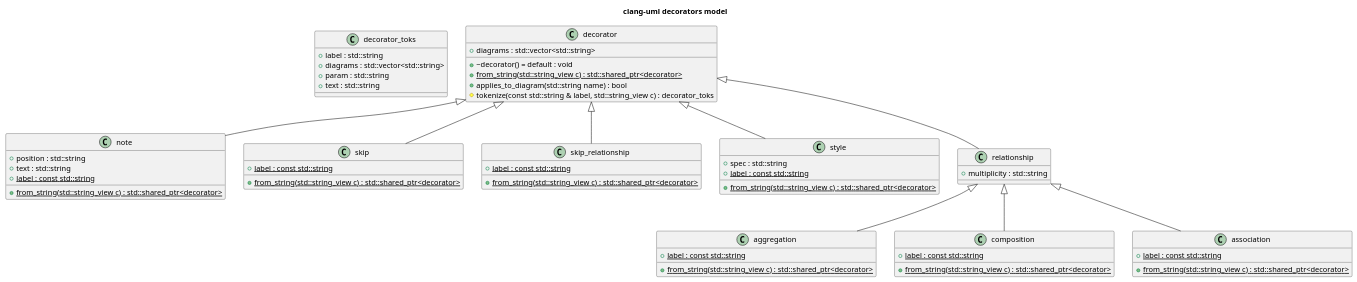
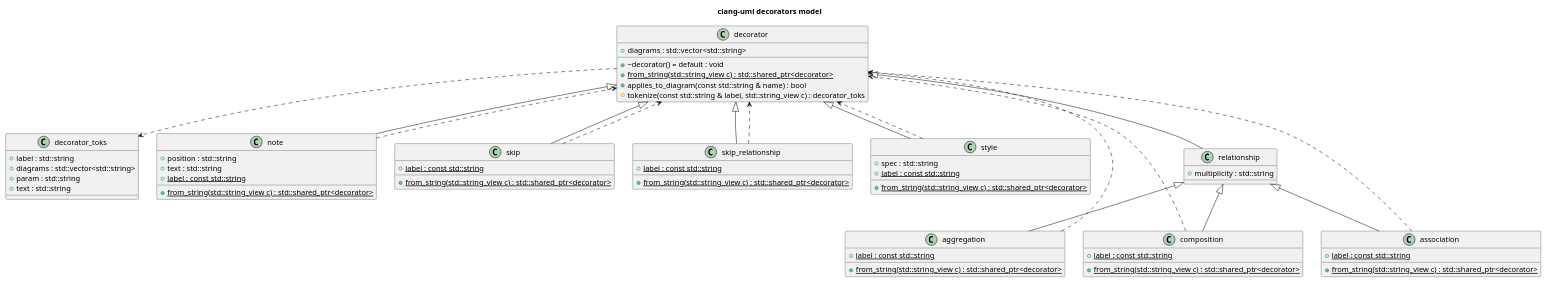
One commit to bkryza/clang-uml-examples changed the diagram in clang-uml/puml/decorators_class.puml. Above: the diagram before and after it, drawn with PlantUML. The commit also changed 79 other files, not shown here.

Commit message:
Updated config files for clang-uml 0.3.4

```diff
--- a/clang-uml/puml/decorators_class.puml
+++ b/clang-uml/puml/decorators_class.puml
@@ -1,68 +1,79 @@
 @startuml
 title clang-uml decorators model
 class "decorator_toks" as C_0000532301235174338361
-class C_0000532301235174338361 [[https://github.com/bkryza/clang-uml/blob/b3382d8f041665d83d907a47f3dd9f0fd341e837/src/decorators/decorators.h#L29{decorator_toks}]] {
-+label : std::string [[[https://github.com/bkryza/clang-uml/blob/b3382d8f041665d83d907a47f3dd9f0fd341e837/src/decorators/decorators.h#L30{label}]]]
-+diagrams : std::vector<std::string> [[[https://github.com/bkryza/clang-uml/blob/b3382d8f041665d83d907a47f3dd9f0fd341e837/src/decorators/decorators.h#L31{diagrams}]]]
-+param : std::string [[[https://github.com/bkryza/clang-uml/blob/b3382d8f041665d83d907a47f3dd9f0fd341e837/src/decorators/decorators.h#L32{param}]]]
-+text : std::string [[[https://github.com/bkryza/clang-uml/blob/b3382d8f041665d83d907a47f3dd9f0fd341e837/src/decorators/decorators.h#L33{text}]]]
+class C_0000532301235174338361 [[https://github.com/bkryza/clang-uml/blob/b74bdab7857376d2095452368a8c88870b8ee2c5/src/decorators/decorators.h#L29{decorator_toks}]] {
++label : std::string [[[https://github.com/bkryza/clang-uml/blob/b74bdab7857376d2095452368a8c88870b8ee2c5/src/decorators/decorators.h#L30{label}]]]
++diagrams : std::vector<std::string> [[[https://github.com/bkryza/clang-uml/blob/b74bdab7857376d2095452368a8c88870b8ee2c5/src/decorators/decorators.h#L31{diagrams}]]]
++param : std::string [[[https://github.com/bkryza/clang-uml/blob/b74bdab7857376d2095452368a8c88870b8ee2c5/src/decorators/decorators.h#L32{param}]]]
++text : std::string [[[https://github.com/bkryza/clang-uml/blob/b74bdab7857376d2095452368a8c88870b8ee2c5/src/decorators/decorators.h#L33{text}]]]
 }
 class "decorator" as C_0001039481254924641333
-class C_0001039481254924641333 [[https://github.com/bkryza/clang-uml/blob/b3382d8f041665d83d907a47f3dd9f0fd341e837/src/decorators/decorators.h#L36{decorator}]] {
+class C_0001039481254924641333 [[https://github.com/bkryza/clang-uml/blob/b74bdab7857376d2095452368a8c88870b8ee2c5/src/decorators/decorators.h#L36{decorator}]] {
 +~decorator() = default : void
 {static} +from_string(std::string_view c) : std::shared_ptr<decorator>
-+applies_to_diagram(std::string name) : bool
++applies_to_diagram(const std::string & name) : bool
 #tokenize(const std::string & label, std::string_view c) : decorator_toks
-+diagrams : std::vector<std::string> [[[https://github.com/bkryza/clang-uml/blob/b3382d8f041665d83d907a47f3dd9f0fd341e837/src/decorators/decorators.h#L37{diagrams}]]]
++diagrams : std::vector<std::string> [[[https://github.com/bkryza/clang-uml/blob/b74bdab7857376d2095452368a8c88870b8ee2c5/src/decorators/decorators.h#L37{diagrams}]]]
 }
 class "note" as C_0001347272482812804274
-class C_0001347272482812804274 [[https://github.com/bkryza/clang-uml/blob/b3382d8f041665d83d907a47f3dd9f0fd341e837/src/decorators/decorators.h#L49{note}]] {
+class C_0001347272482812804274 [[https://github.com/bkryza/clang-uml/blob/b74bdab7857376d2095452368a8c88870b8ee2c5/src/decorators/decorators.h#L49{note}]] {
 {static} +from_string(std::string_view c) : std::shared_ptr<decorator>
-+position : std::string [[[https://github.com/bkryza/clang-uml/blob/b3382d8f041665d83d907a47f3dd9f0fd341e837/src/decorators/decorators.h#L52{position}]]]
-+text : std::string [[[https://github.com/bkryza/clang-uml/blob/b3382d8f041665d83d907a47f3dd9f0fd341e837/src/decorators/decorators.h#L53{text}]]]
-{static} +label : const std::string [[[https://github.com/bkryza/clang-uml/blob/b3382d8f041665d83d907a47f3dd9f0fd341e837/src/decorators/decorators.h#L50{label}]]]
++position : std::string [[[https://github.com/bkryza/clang-uml/blob/b74bdab7857376d2095452368a8c88870b8ee2c5/src/decorators/decorators.h#L52{position}]]]
++text : std::string [[[https://github.com/bkryza/clang-uml/blob/b74bdab7857376d2095452368a8c88870b8ee2c5/src/decorators/decorators.h#L53{text}]]]
+{static} +label : const std::string [[[https://github.com/bkryza/clang-uml/blob/b74bdab7857376d2095452368a8c88870b8ee2c5/src/decorators/decorators.h#L50{label}]]]
 }
 class "skip" as C_0001462474947254948682
-class C_0001462474947254948682 [[https://github.com/bkryza/clang-uml/blob/b3382d8f041665d83d907a47f3dd9f0fd341e837/src/decorators/decorators.h#L58{skip}]] {
+class C_0001462474947254948682 [[https://github.com/bkryza/clang-uml/blob/b74bdab7857376d2095452368a8c88870b8ee2c5/src/decorators/decorators.h#L58{skip}]] {
 {static} +from_string(std::string_view c) : std::shared_ptr<decorator>
-{static} +label : const std::string [[[https://github.com/bkryza/clang-uml/blob/b3382d8f041665d83d907a47f3dd9f0fd341e837/src/decorators/decorators.h#L59{label}]]]
+{static} +label : const std::string [[[https://github.com/bkryza/clang-uml/blob/b74bdab7857376d2095452368a8c88870b8ee2c5/src/decorators/decorators.h#L59{label}]]]
 }
 class "skip_relationship" as C_0000685427930366073750
-class C_0000685427930366073750 [[https://github.com/bkryza/clang-uml/blob/b3382d8f041665d83d907a47f3dd9f0fd341e837/src/decorators/decorators.h#L64{skip_relationship}]] {
+class C_0000685427930366073750 [[https://github.com/bkryza/clang-uml/blob/b74bdab7857376d2095452368a8c88870b8ee2c5/src/decorators/decorators.h#L64{skip_relationship}]] {
 {static} +from_string(std::string_view c) : std::shared_ptr<decorator>
-{static} +label : const std::string [[[https://github.com/bkryza/clang-uml/blob/b3382d8f041665d83d907a47f3dd9f0fd341e837/src/decorators/decorators.h#L65{label}]]]
+{static} +label : const std::string [[[https://github.com/bkryza/clang-uml/blob/b74bdab7857376d2095452368a8c88870b8ee2c5/src/decorators/decorators.h#L65{label}]]]
 }
 class "style" as C_0000116269747867995555
-class C_0000116269747867995555 [[https://github.com/bkryza/clang-uml/blob/b3382d8f041665d83d907a47f3dd9f0fd341e837/src/decorators/decorators.h#L70{style}]] {
+class C_0000116269747867995555 [[https://github.com/bkryza/clang-uml/blob/b74bdab7857376d2095452368a8c88870b8ee2c5/src/decorators/decorators.h#L70{style}]] {
 {static} +from_string(std::string_view c) : std::shared_ptr<decorator>
-+spec : std::string [[[https://github.com/bkryza/clang-uml/blob/b3382d8f041665d83d907a47f3dd9f0fd341e837/src/decorators/decorators.h#L73{spec}]]]
-{static} +label : const std::string [[[https://github.com/bkryza/clang-uml/blob/b3382d8f041665d83d907a47f3dd9f0fd341e837/src/decorators/decorators.h#L71{label}]]]
++spec : std::string [[[https://github.com/bkryza/clang-uml/blob/b74bdab7857376d2095452368a8c88870b8ee2c5/src/decorators/decorators.h#L73{spec}]]]
+{static} +label : const std::string [[[https://github.com/bkryza/clang-uml/blob/b74bdab7857376d2095452368a8c88870b8ee2c5/src/decorators/decorators.h#L71{label}]]]
 }
 class "relationship" as C_0001576276283144132872
-class C_0001576276283144132872 [[https://github.com/bkryza/clang-uml/blob/b3382d8f041665d83d907a47f3dd9f0fd341e837/src/decorators/decorators.h#L77{relationship}]] {
-+multiplicity : std::string [[[https://github.com/bkryza/clang-uml/blob/b3382d8f041665d83d907a47f3dd9f0fd341e837/src/decorators/decorators.h#L78{multiplicity}]]]
+class C_0001576276283144132872 [[https://github.com/bkryza/clang-uml/blob/b74bdab7857376d2095452368a8c88870b8ee2c5/src/decorators/decorators.h#L77{relationship}]] {
++multiplicity : std::string [[[https://github.com/bkryza/clang-uml/blob/b74bdab7857376d2095452368a8c88870b8ee2c5/src/decorators/decorators.h#L78{multiplicity}]]]
 }
 class "aggregation" as C_0000175979950567138488
-class C_0000175979950567138488 [[https://github.com/bkryza/clang-uml/blob/b3382d8f041665d83d907a47f3dd9f0fd341e837/src/decorators/decorators.h#L81{aggregation}]] {
+class C_0000175979950567138488 [[https://github.com/bkryza/clang-uml/blob/b74bdab7857376d2095452368a8c88870b8ee2c5/src/decorators/decorators.h#L81{aggregation}]] {
 {static} +from_string(std::string_view c) : std::shared_ptr<decorator>
-{static} +label : const std::string [[[https://github.com/bkryza/clang-uml/blob/b3382d8f041665d83d907a47f3dd9f0fd341e837/src/decorators/decorators.h#L82{label}]]]
+{static} +label : const std::string [[[https://github.com/bkryza/clang-uml/blob/b74bdab7857376d2095452368a8c88870b8ee2c5/src/decorators/decorators.h#L82{label}]]]
 }
 class "composition" as C_0001028911016492067053
-class C_0001028911016492067053 [[https://github.com/bkryza/clang-uml/blob/b3382d8f041665d83d907a47f3dd9f0fd341e837/src/decorators/decorators.h#L87{composition}]] {
+class C_0001028911016492067053 [[https://github.com/bkryza/clang-uml/blob/b74bdab7857376d2095452368a8c88870b8ee2c5/src/decorators/decorators.h#L87{composition}]] {
 {static} +from_string(std::string_view c) : std::shared_ptr<decorator>
-{static} +label : const std::string [[[https://github.com/bkryza/clang-uml/blob/b3382d8f041665d83d907a47f3dd9f0fd341e837/src/decorators/decorators.h#L88{label}]]]
+{static} +label : const std::string [[[https://github.com/bkryza/clang-uml/blob/b74bdab7857376d2095452368a8c88870b8ee2c5/src/decorators/decorators.h#L88{label}]]]
 }
 class "association" as C_0001534243399456949265
-class C_0001534243399456949265 [[https://github.com/bkryza/clang-uml/blob/b3382d8f041665d83d907a47f3dd9f0fd341e837/src/decorators/decorators.h#L93{association}]] {
+class C_0001534243399456949265 [[https://github.com/bkryza/clang-uml/blob/b74bdab7857376d2095452368a8c88870b8ee2c5/src/decorators/decorators.h#L93{association}]] {
 {static} +from_string(std::string_view c) : std::shared_ptr<decorator>
-{static} +label : const std::string [[[https://github.com/bkryza/clang-uml/blob/b3382d8f041665d83d907a47f3dd9f0fd341e837/src/decorators/decorators.h#L94{label}]]]
+{static} +label : const std::string [[[https://github.com/bkryza/clang-uml/blob/b74bdab7857376d2095452368a8c88870b8ee2c5/src/decorators/decorators.h#L94{label}]]]
 }
+C_0001039481254924641333 ..> C_0000532301235174338361
+C_0001347272482812804274 ..> C_0001039481254924641333
 C_0001039481254924641333 <|-- C_0001347272482812804274
+C_0001462474947254948682 ..> C_0001039481254924641333
 C_0001039481254924641333 <|-- C_0001462474947254948682
+C_0000685427930366073750 ..> C_0001039481254924641333
 C_0001039481254924641333 <|-- C_0000685427930366073750
+C_0000116269747867995555 ..> C_0001039481254924641333
 C_0001039481254924641333 <|-- C_0000116269747867995555
 C_0001039481254924641333 <|-- C_0001576276283144132872
+C_0000175979950567138488 ..> C_0001039481254924641333
 C_0001576276283144132872 <|-- C_0000175979950567138488
+C_0001028911016492067053 ..> C_0001039481254924641333
 C_0001576276283144132872 <|-- C_0001028911016492067053
+C_0001534243399456949265 ..> C_0001039481254924641333
 C_0001576276283144132872 <|-- C_0001534243399456949265
+
+'Generated with clang-uml, version 0.3.4-2-gc91fe43
+'LLVM version Ubuntu clang version 15.0.6
 @enduml
```
